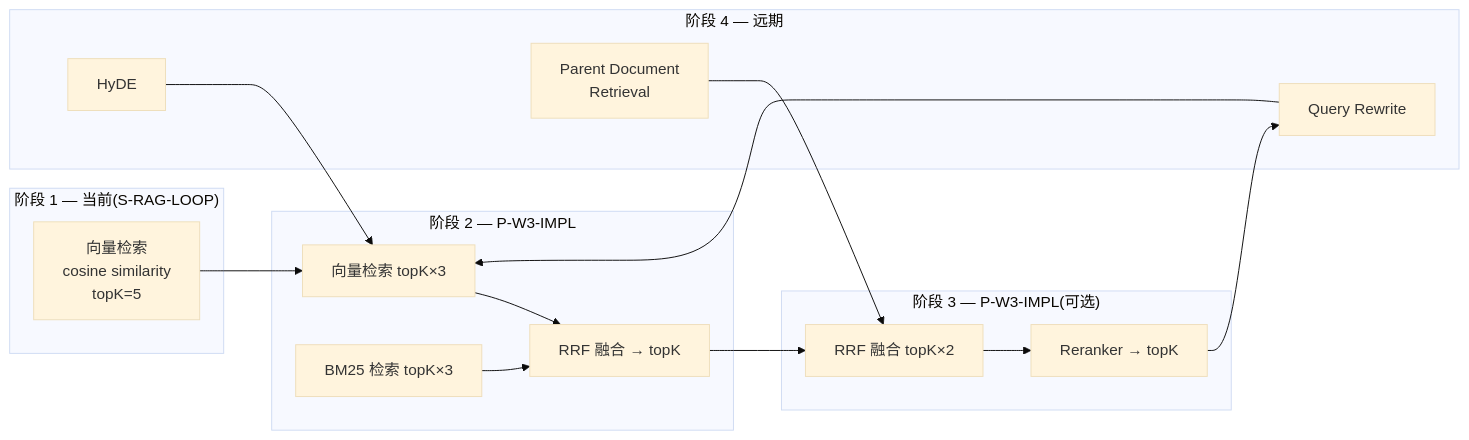
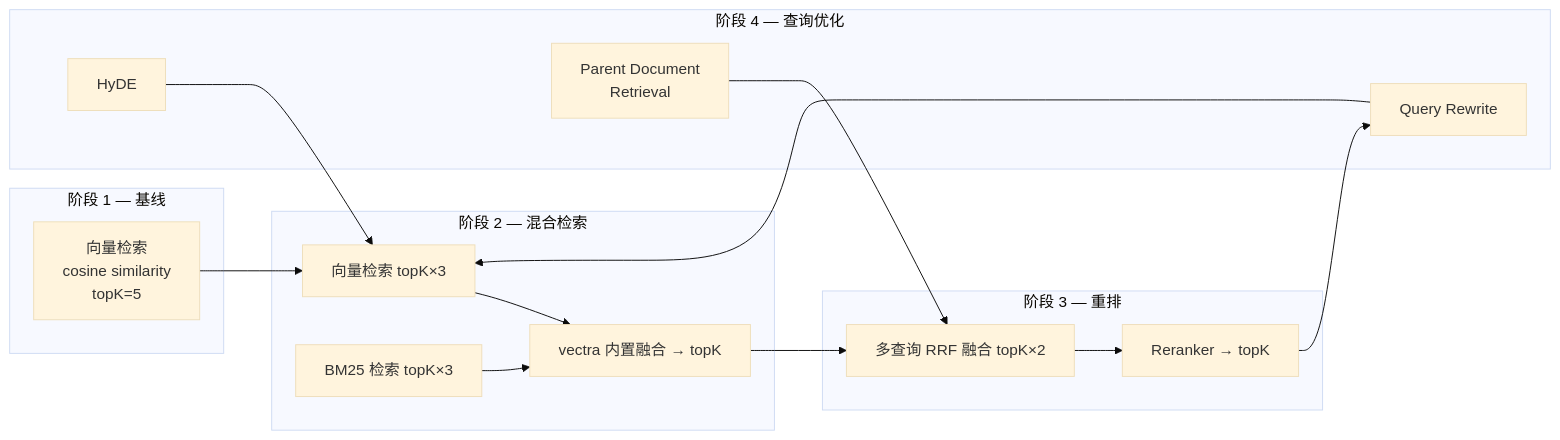
One commit to golddream-y/obsidian-ratel changed the fourth of 4 diagrams in docs/architecture/rag/retriever.md. Above: the diagram before and after it, drawn with Mermaid (base theme). The commit also changed other lines of this file and 14 other files, not shown here.

````diff
--- a/docs/architecture/rag/retriever.md
+++ b/docs/architecture/rag/retriever.md
@@ -160,33 +179,33 @@
 ```mermaid
 graph LR
-    subgraph "阶段 1 — 当前(S-RAG-LOOP)"
+    subgraph "阶段 1 — 基线"
         V["向量检索<br/>cosine similarity<br/>topK=5"]
     end
 
-    subgraph "阶段 2 — P-W3-IMPL"
+    subgraph "阶段 2 — 混合检索"
         V2["向量检索 topK×3"]
         B["BM25 检索 topK×3"]
-        R["RRF 融合 → topK"]
+        R["vectra 内置融合 → topK"]
         V2 --> R
         B --> R
     end
 
-    subgraph "阶段 3 — P-W3-IMPL(可选)"
-        R2["RRF 融合 topK×2"]
+    subgraph "阶段 3 — 重排"
+        R2["多查询 RRF 融合 topK×2"]
         RR["Reranker → topK"]
         R2 --> RR
     end
 
-    subgraph "阶段 4 — 远期"
+    subgraph "阶段 4 — 查询优化"
         Q["Query Rewrite"]
         H["HyDE"]
         P["Parent Document<br/>Retrieval"]
         Q --> V2
         H --> V2
         P --> R2
     end
 
     V --> V2
     R --> R2
     RR --> Q
 ```
````
